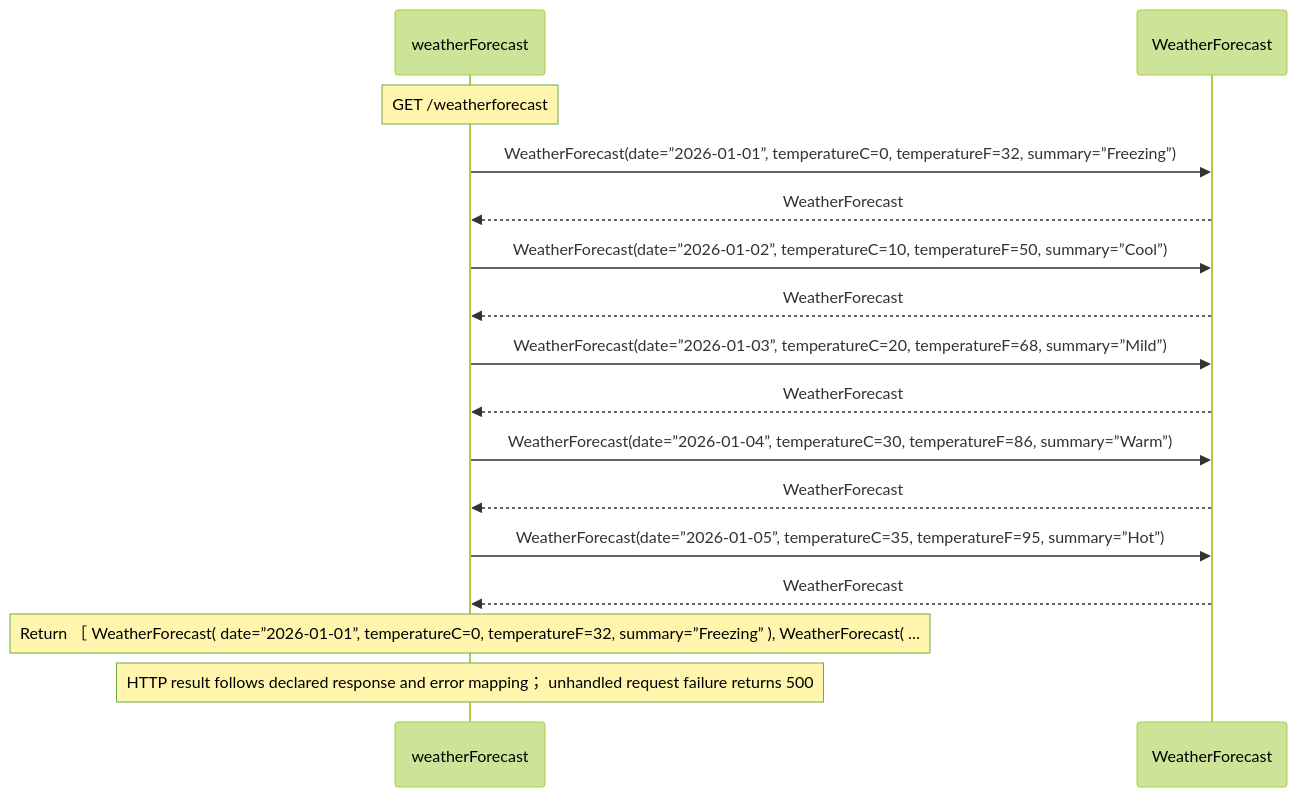
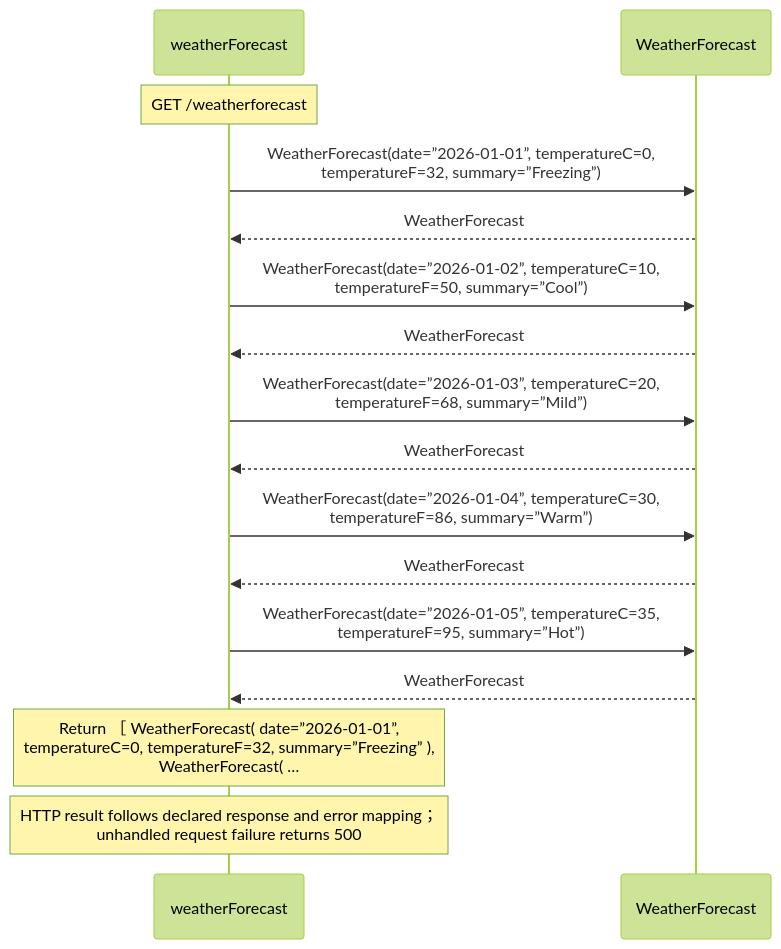
One commit to GreenPandaStudios/augscript changed the second of 2 diagrams in docs/examples/weather-api/forecasts-diagrams.md. Above: the diagram before and after it, drawn with Mermaid (forest theme). The commit also changed 200 other files, not shown here.

Commit message:
Group imported operations and wrap readable sequence messages

````diff
--- a/docs/examples/weather-api/forecasts-diagrams.md
+++ b/docs/examples/weather-api/forecasts-diagrams.md
@@ -47,18 +47,18 @@
 ```mermaid
 sequenceDiagram
     participant p0 as weatherForecast
     participant p1 as WeatherForecast
     Note over p0: GET /weatherforecast
-    p0->>p1: WeatherForecast(date=”2026-01-01”, temperatureC=0, temperatureF=32, summary=”Freezing”)
+    p0->>p1: WeatherForecast(date=”2026-01-01”, temperatureC=0,<br/>temperatureF=32, summary=”Freezing”)
     p1-->>p0: WeatherForecast
-    p0->>p1: WeatherForecast(date=”2026-01-02”, temperatureC=10, temperatureF=50, summary=”Cool”)
+    p0->>p1: WeatherForecast(date=”2026-01-02”, temperatureC=10,<br/>temperatureF=50, summary=”Cool”)
     p1-->>p0: WeatherForecast
-    p0->>p1: WeatherForecast(date=”2026-01-03”, temperatureC=20, temperatureF=68, summary=”Mild”)
+    p0->>p1: WeatherForecast(date=”2026-01-03”, temperatureC=20,<br/>temperatureF=68, summary=”Mild”)
     p1-->>p0: WeatherForecast
-    p0->>p1: WeatherForecast(date=”2026-01-04”, temperatureC=30, temperatureF=86, summary=”Warm”)
+    p0->>p1: WeatherForecast(date=”2026-01-04”, temperatureC=30,<br/>temperatureF=86, summary=”Warm”)
     p1-->>p0: WeatherForecast
-    p0->>p1: WeatherForecast(date=”2026-01-05”, temperatureC=35, temperatureF=95, summary=”Hot”)
+    p0->>p1: WeatherForecast(date=”2026-01-05”, temperatureC=35,<br/>temperatureF=95, summary=”Hot”)
     p1-->>p0: WeatherForecast
-    Note over p0: Return ［ WeatherForecast( date=”2026-01-01”, temperatureC=0, temperatureF=32, summary=”Freezing” ), WeatherForecast( …
-    Note over p0: HTTP result follows declared response and error mapping； unhandled request failure returns 500
+    Note over p0: Return ［ WeatherForecast( date=”2026-01-01”,<br/>temperatureC=0, temperatureF=32, summary=”Freezing” ),<br/>WeatherForecast( …
+    Note over p0: HTTP result follows declared response and error mapping；<br/>unhandled request failure returns 500
 ```
````
